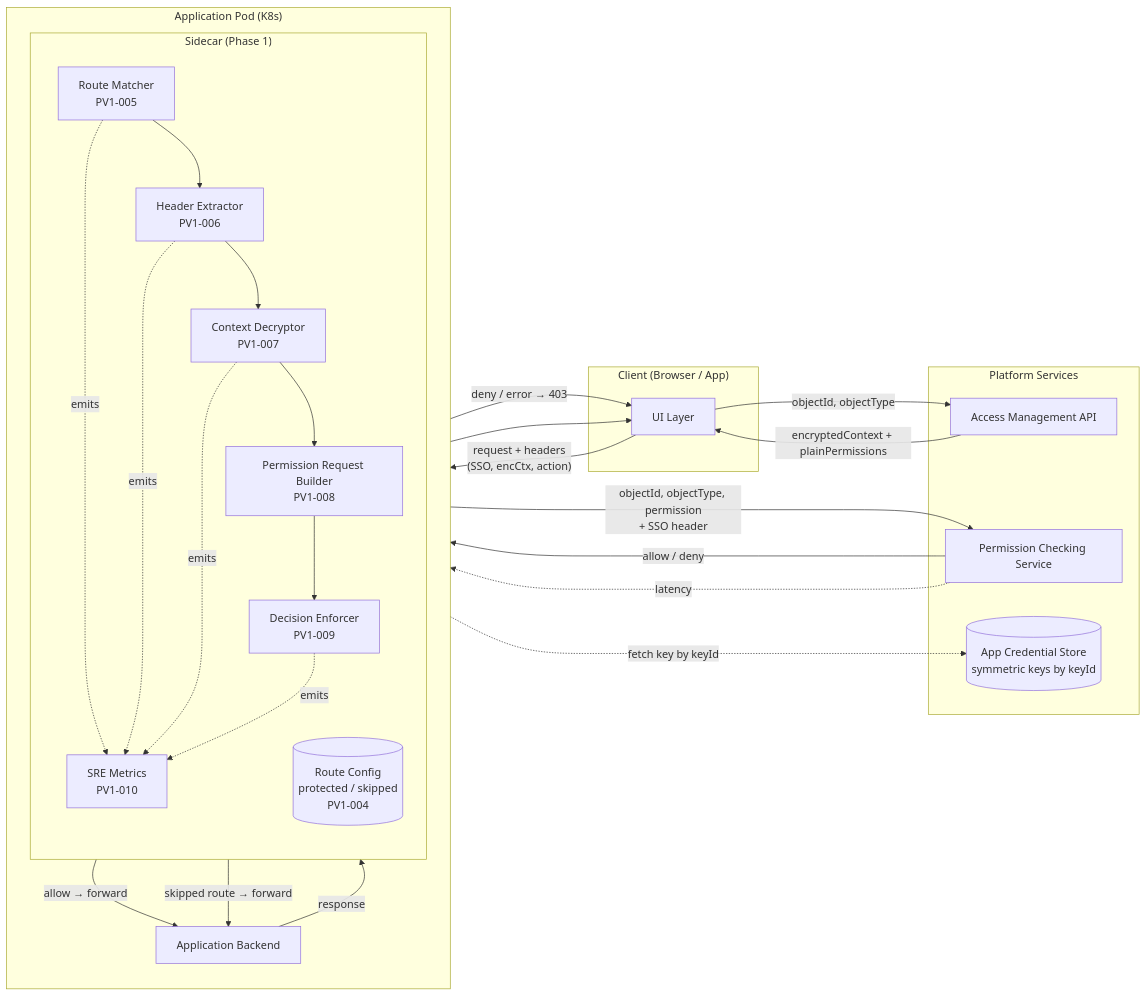
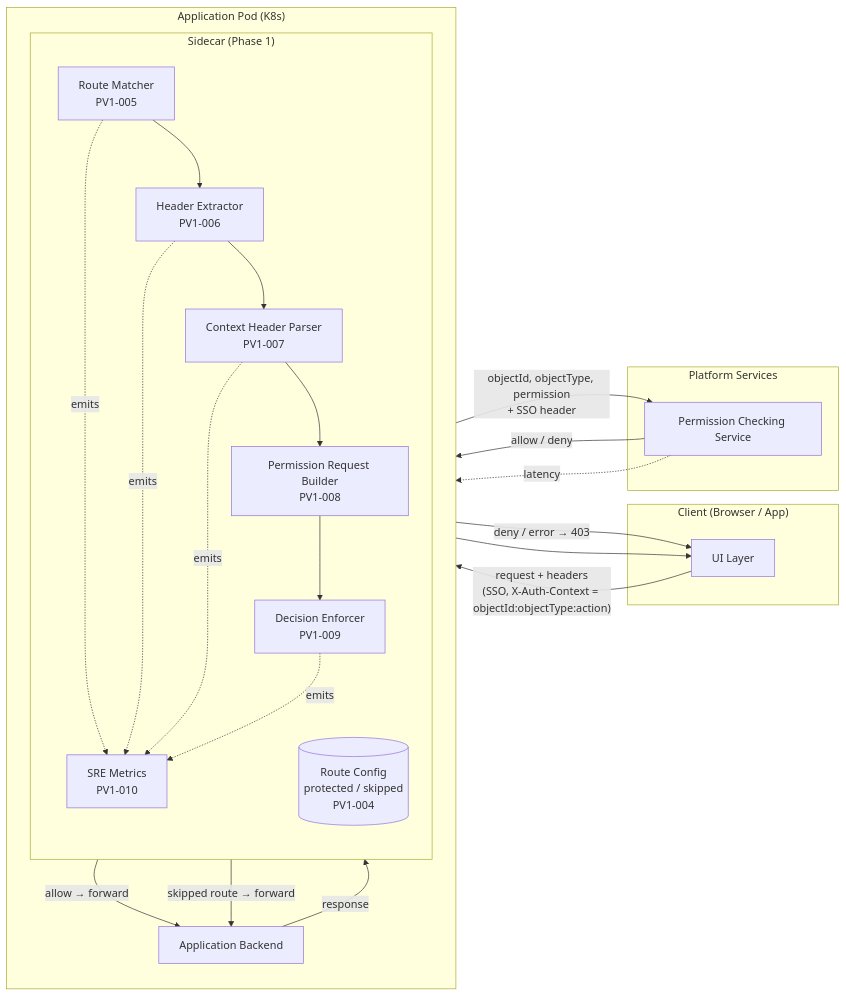
The first of 3 diagrams in prd/permission-validation/phase-1-architecture.md (YuShuanHsieh/workspace), drawn with Mermaid before and after one commit. The commit also changed other lines of this file and 7 other files, not shown here.

First line of the commit message:
docs: replace phase-1 encrypted context with plaintext header format

````diff
--- a/prd/permission-validation/phase-1-architecture.md
+++ b/prd/permission-validation/phase-1-architecture.md
@@ -9,47 +9,41 @@
 ```mermaid
 flowchart LR
     subgraph Client["Client (Browser / App)"]
         UI[UI Layer]
     end
 
     subgraph Platform["Platform Services"]
-        AM[Access Management API]
         PCS[Permission Checking Service]
-        CRED[(App Credential Store<br/>symmetric keys by keyId)]
     end
 
     subgraph AppPod["Application Pod (K8s)"]
         direction TB
         subgraph Sidecar["Sidecar (Phase 1)"]
             direction TB
             RM[Route Matcher<br/>PV1-005]
             HX[Header Extractor<br/>PV1-006]
-            DEC[Context Decryptor<br/>PV1-007]
+            PRS[Context Header Parser<br/>PV1-007]
             BLD[Permission Request Builder<br/>PV1-008]
             ENF[Decision Enforcer<br/>PV1-009]
             MET[SRE Metrics<br/>PV1-010]
             CFG[(Route Config<br/>protected / skipped<br/>PV1-004)]
         end
         BE[Application Backend]
     end
 
-    UI -- "objectId, objectType" --> AM
-    AM -- "encryptedContext + plainPermissions" --> UI
-
-    UI -- "request + headers<br/>(SSO, encCtx, action)" --> RM
-    RM --> HX --> DEC
-    DEC -. "fetch key by keyId" .-> CRED
-    DEC --> BLD --> ENF
+    UI -- "request + headers<br/>(SSO, X-Auth-Context = objectId:objectType:action)" --> RM
+    RM --> HX --> PRS
+    PRS --> BLD --> ENF
     BLD -- "objectId, objectType, permission<br/>+ SSO header" --> PCS
     PCS -- "allow / deny" --> ENF
     ENF -- "allow → forward" --> BE
     ENF -- "deny / error → 403" --> UI
     RM -- "skipped route → forward" --> BE
     BE -- "response" --> ENF --> UI
 
     RM -. emits .-> MET
     HX -. emits .-> MET
-    DEC -. emits .-> MET
+    PRS -. emits .-> MET
     ENF -. emits .-> MET
     PCS -. latency .-> MET
 ```
````
